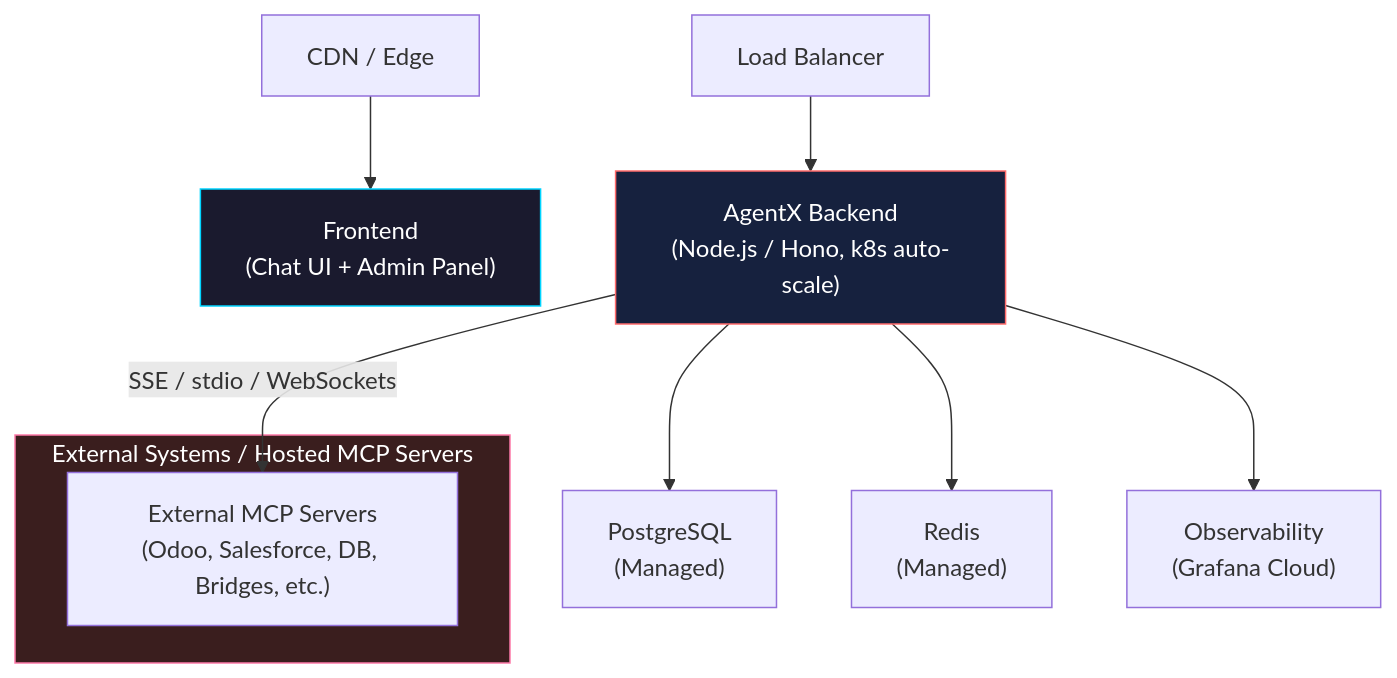
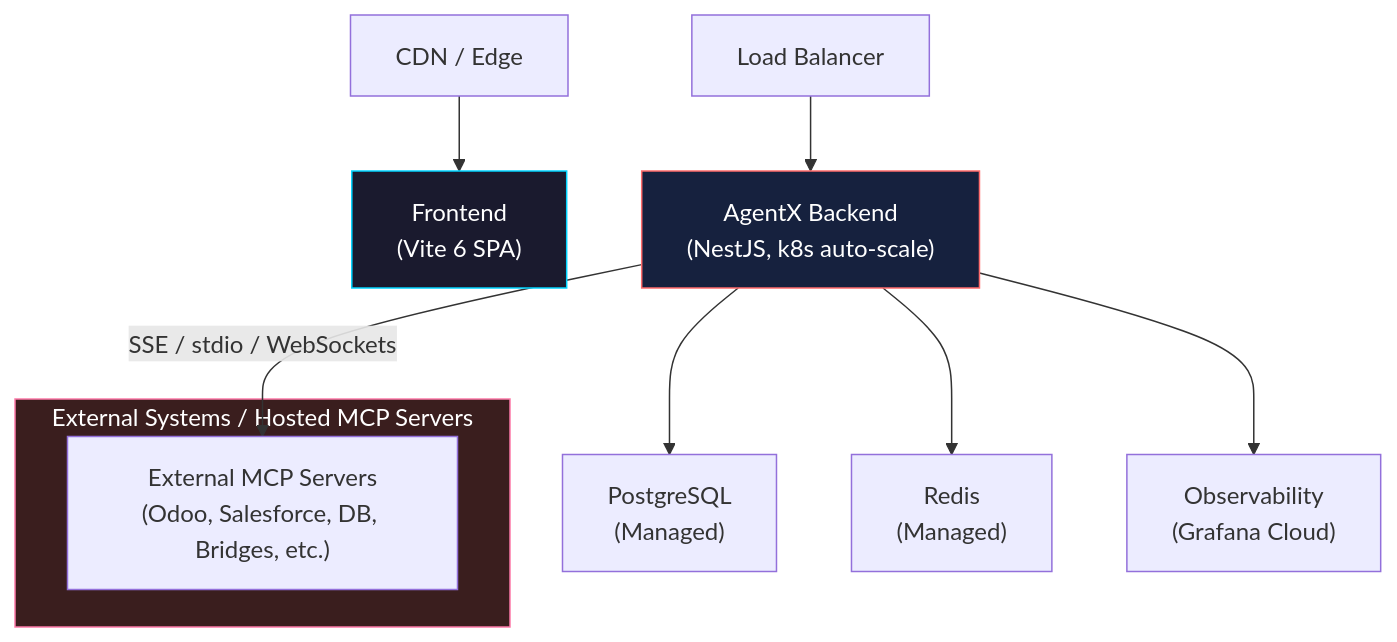
One commit to vietnv5/agentx changed the eighth of 8 diagrams in docs/architecture/architecture-overview.md. Above: the diagram before and after it, drawn with Mermaid. The commit also changed other lines of this file and 24 other files, not shown here.

Commit message:
Introduce database schema migration `0003`: add `files` table, modify `knowledge_chunks.embedding` column type, and update multiple schema configurations.

````diff
--- a/docs/architecture/architecture-overview.md
+++ b/docs/architecture/architecture-overview.md
@@ -608,18 +608,18 @@
 ```mermaid
 graph TB
-    CDN["CDN / Edge"] --> FE["Frontend<br/>(Chat UI + Admin Panel)"]
-    LB["Load Balancer"] --> API["AgentX Backend<br/>(Node.js / Hono, k8s auto-scale)"]
+    CDN["CDN / Edge"] --> FE["Frontend<br/>(Vite 6 SPA)"]
+    LB["Load Balancer"] --> API["AgentX Backend<br/>(NestJS, k8s auto-scale)"]
     API --> PG["PostgreSQL<br/>(Managed)"]
     API --> REDIS["Redis<br/>(Managed)"]
     API --> OBS["Observability<br/>(Grafana Cloud)"]
 
     subgraph EXT["External Systems / Hosted MCP Servers"]
         MCP_SERVERS["External MCP Servers<br/>(Odoo, Salesforce, DB, Bridges, etc.)"]
     end
 
     API -->|SSE / stdio / WebSockets| MCP_SERVERS
 
     style FE fill:#1a1a2e,stroke:#00d4ff,color:#fff
     style API fill:#16213e,stroke:#ff6b6b,color:#fff
     style EXT fill:#3a1e1e,stroke:#fd79a8,color:#fff
 ```
````
